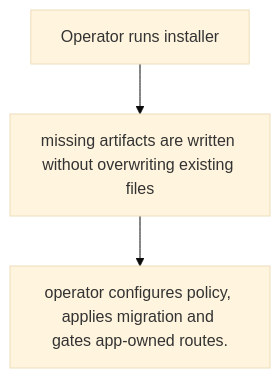
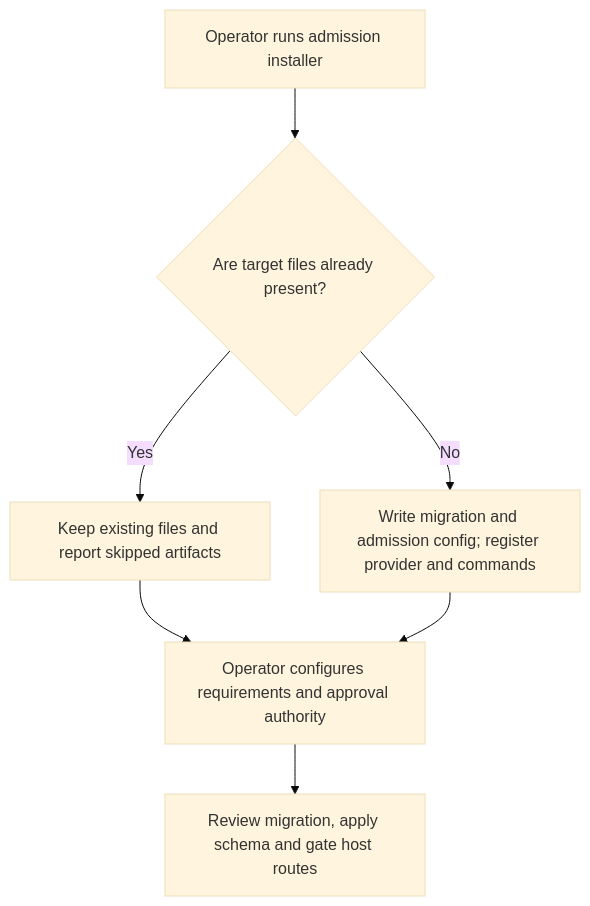
Before and after one commit to Kevinjohn/oss-adonisjs-account-kit: the first of 2 diagrams in user-stories/US-ACCOUNT-28-install-admission.md, drawn with Mermaid (base theme). The commit also changed other lines of this file and 29 other files, not shown here.

Commit message:
docs: complete admission and operator catalogue

````diff
--- a/user-stories/US-ACCOUNT-28-install-admission.md
+++ b/user-stories/US-ACCOUNT-28-install-admission.md
@@ -20,8 +18,9 @@
 ```mermaid
 flowchart TD
-    U0["Operator runs installer"]
-    U1["missing artifacts are written without overwriting existing files"]
-    U0 --> U1
-    U2["operator configures policy, applies migration and gates app-owned routes."]
-    U1 --> U2
+ A["Operator runs admission installer"] --> B{"Are target files already present?"}
+ B -->|Yes| C["Keep existing files and report skipped artifacts"]
+ B -->|No| D["Write migration and admission config; register provider and commands"]
+ C --> E["Operator configures requirements and approval authority"]
+ D --> E
+ E --> F["Review migration, apply schema and gate host routes"]
 ```
````
